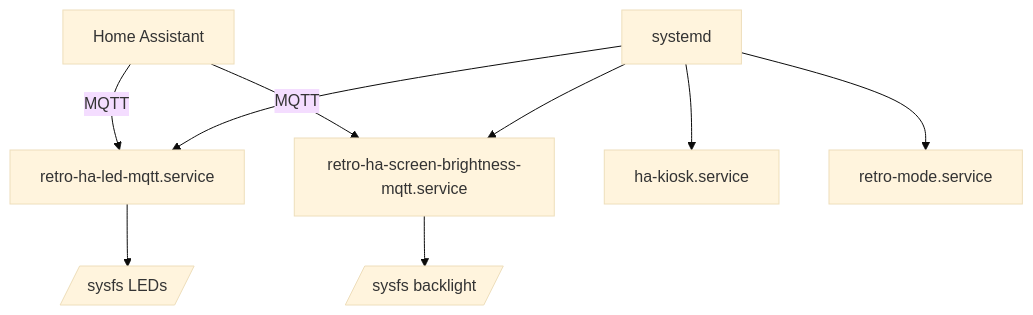
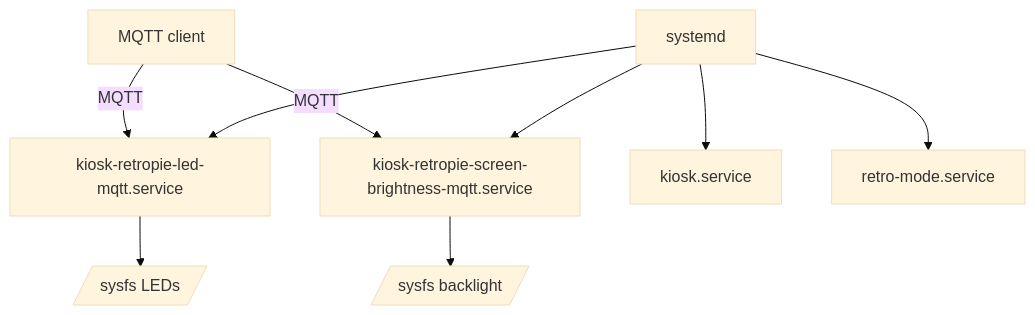
The second of 3 diagrams in README.md (theaussiepom/retro-ha-appliance), drawn with Mermaid (base theme) before and after one commit. The commit also changed other lines of this file and 130 other files, not shown here.

Commit message:
chore: rebrand to kiosk-retropie (#7)

````diff
--- a/README.md
+++ b/README.md
@@ -91,13 +91,13 @@
 ```mermaid
 flowchart TD
-  HA[Home Assistant] -- MQTT --> LED[retro-ha-led-mqtt.service]
-  HA -- MQTT --> BRIGHT[retro-ha-screen-brightness-mqtt.service]
+  CLIENT[MQTT client] -- MQTT --> LED[kiosk-retropie-led-mqtt.service]
+  CLIENT -- MQTT --> BRIGHT[kiosk-retropie-screen-brightness-mqtt.service]
 
   LED --> SYSLED[/sysfs LEDs/]
   BRIGHT --> SYSBL[/sysfs backlight/]
 
   SYSTEMD[systemd] --> LED
   SYSTEMD --> BRIGHT
-  SYSTEMD --> KIOSK[ha-kiosk.service]
+  SYSTEMD --> KIOSK[kiosk.service]
   SYSTEMD --> RETRO[retro-mode.service]
 ```
````
